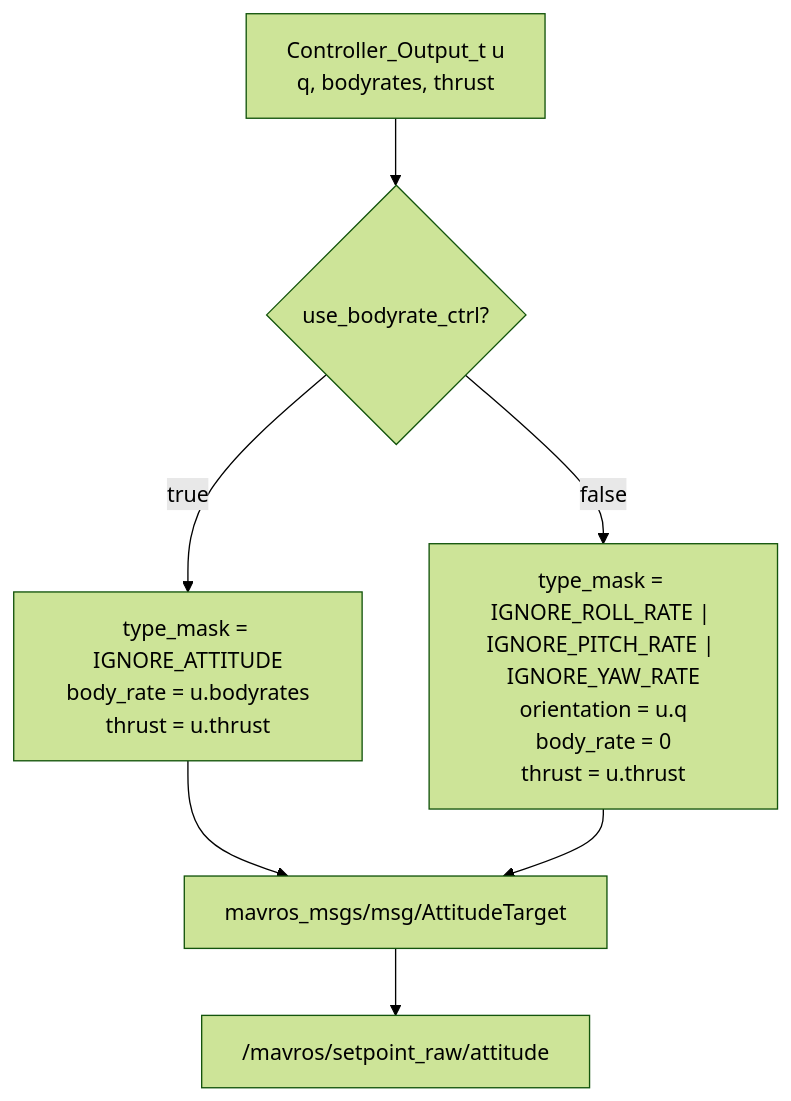
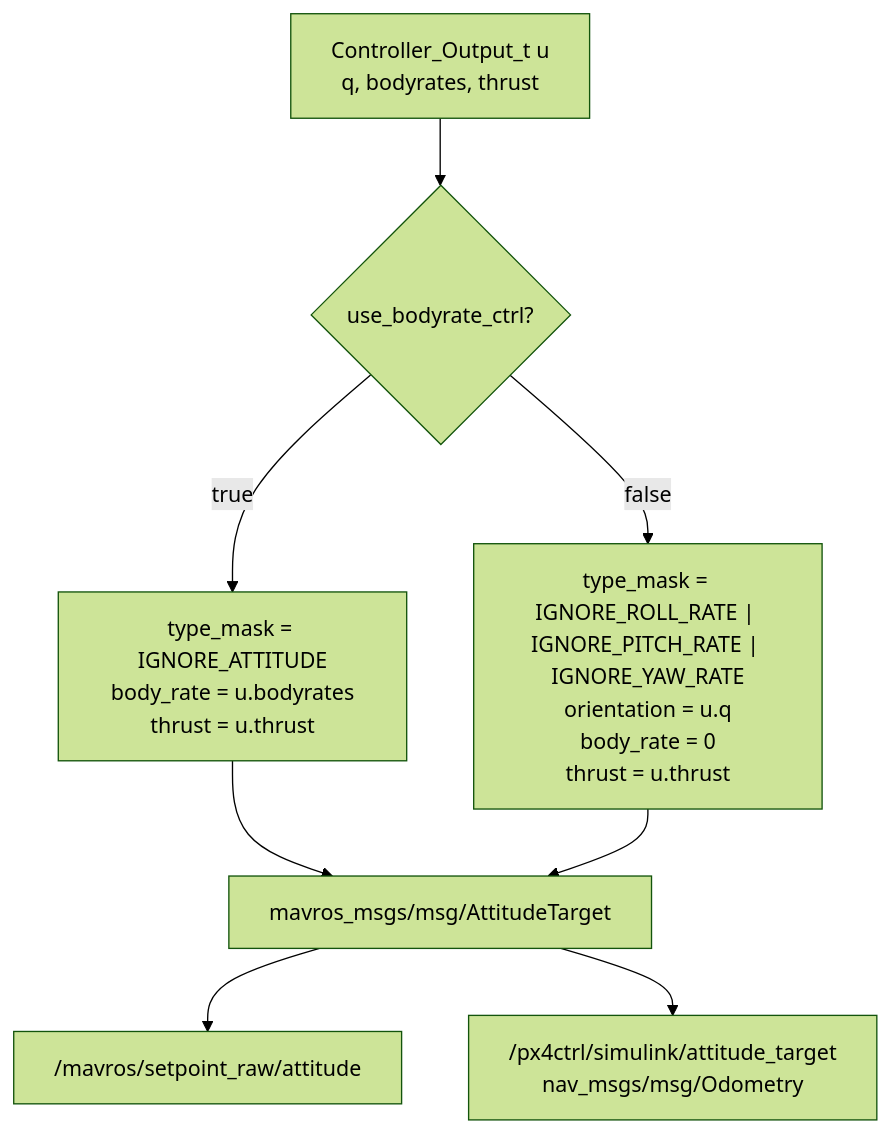
One commit to fd3s1/lerobot changed the sixth of 8 diagrams in ref_code/vla_px4ctrl_ros2/src/px4ctrl/docs/controller_data_flow.md. Above: the diagram before and after it, drawn with Mermaid (forest theme). The commit also changed other lines of this file and 6 other files, not shown here.

````diff
--- a/ref_code/vla_px4ctrl_ros2/src/px4ctrl/docs/controller_data_flow.md
+++ b/ref_code/vla_px4ctrl_ros2/src/px4ctrl/docs/controller_data_flow.md
@@ -196,9 +207,10 @@
 ```mermaid
 flowchart TD
   U["Controller_Output_t u<br/>q, bodyrates, thrust"] --> MODE{"use_bodyrate_ctrl?"}
   MODE -- "true" --> BR["type_mask = IGNORE_ATTITUDE<br/>body_rate = u.bodyrates<br/>thrust = u.thrust"]
   MODE -- "false" --> ATT["type_mask = IGNORE_ROLL_RATE | IGNORE_PITCH_RATE | IGNORE_YAW_RATE<br/>orientation = u.q<br/>body_rate = 0<br/>thrust = u.thrust"]
   BR --> MSG["mavros_msgs/msg/AttitudeTarget"]
   ATT --> MSG
   MSG --> PX4["/mavros/setpoint_raw/attitude"]
+  MSG --> SIM["/px4ctrl/simulink/attitude_target<br/>nav_msgs/msg/Odometry"]
 ```
````
